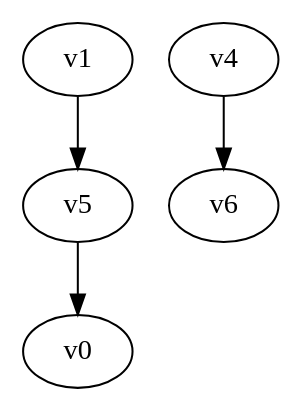
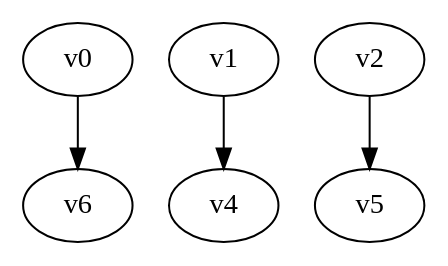
One commit to yadej/graph_project changed the diagram in digraph.dot. Above: the diagram before and after it, drawn with Graphviz. The commit also changed 5 other files, not shown here.

```diff
--- a/digraph.dot
+++ b/digraph.dot
@@ -1,4 +1,5 @@
 digraph G { 
-v1 -> v5 -> v0;
-v4 -> v6;
+v0 -> v6;
+v1 -> v4;
+v2 -> v5;
 }
```
